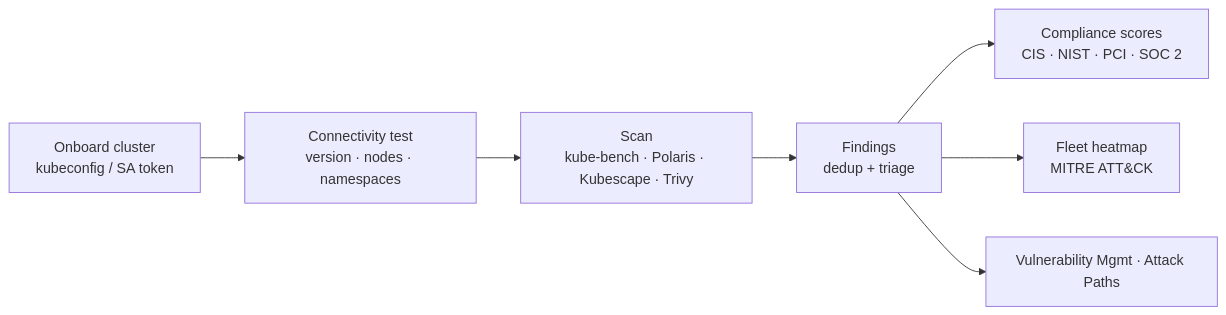
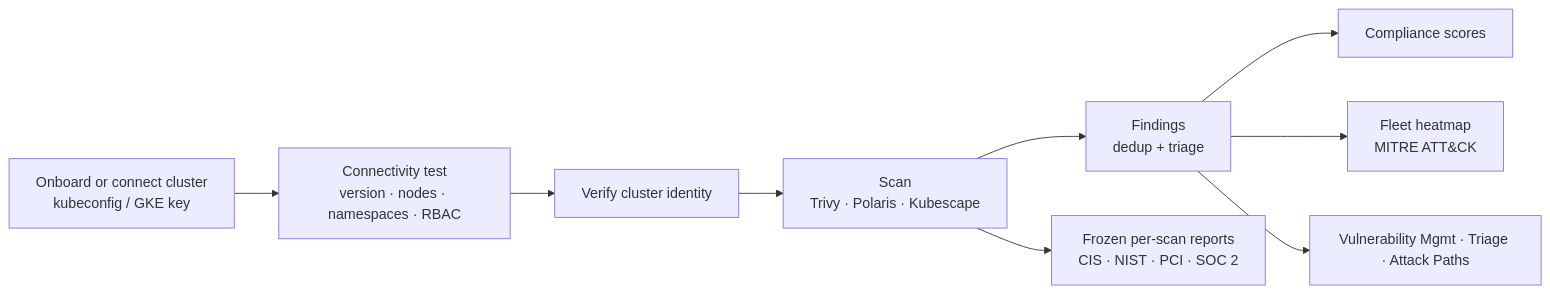
Before and after one commit to niteshsaini/offloadsecurity-docs: the diagram in docs/security-scanning/kubernetes/index.md, drawn with Mermaid. The commit also changed other lines of this file and 156 other files, not shown here.

````diff
--- a/docs/security-scanning/kubernetes/index.md
+++ b/docs/security-scanning/kubernetes/index.md
@@ -44,9 +49,11 @@
 ```mermaid
 flowchart LR
-    A[Onboard cluster<br/>kubeconfig / SA token] --> B[Connectivity test<br/>version · nodes · namespaces]
-    B --> C[Scan<br/>kube-bench · Polaris · Kubescape · Trivy]
+    A[Onboard or connect cluster<br/>kubeconfig / GKE key] --> B[Connectivity test<br/>version · nodes · namespaces · RBAC]
+    B --> I[Verify cluster identity]
+    I --> C[Scan<br/>Trivy · Polaris · Kubescape]
     C --> D[Findings<br/>dedup + triage]
-    D --> E[Compliance scores<br/>CIS · NIST · PCI · SOC 2]
+    C --> R[Frozen per-scan reports<br/>CIS · NIST · PCI · SOC 2]
+    D --> E[Compliance scores]
     D --> F[Fleet heatmap<br/>MITRE ATT&CK]
-    D --> G[Vulnerability Mgmt · Attack Paths]
+    D --> G[Vulnerability Mgmt · Triage · Attack Paths]
 ```
````
